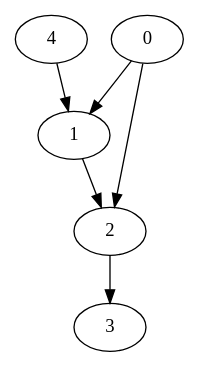
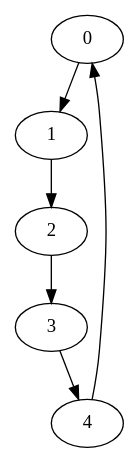
Before and after one commit to fabricenativel/cpge-info: the diagram in Digraph.gv, drawn with Graphviz. The commit also changed 11 other files, not shown here.

Commit message:
itc-graphes

```diff
--- a/Digraph.gv
+++ b/Digraph.gv
@@ -1,12 +1,12 @@
 digraph {
 	0
 	0 -> 1
-	0 -> 2
 	1
 	1 -> 2
 	2
 	2 -> 3
 	3
+	3 -> 4
 	4
-	4 -> 1
+	4 -> 0
 }
```
